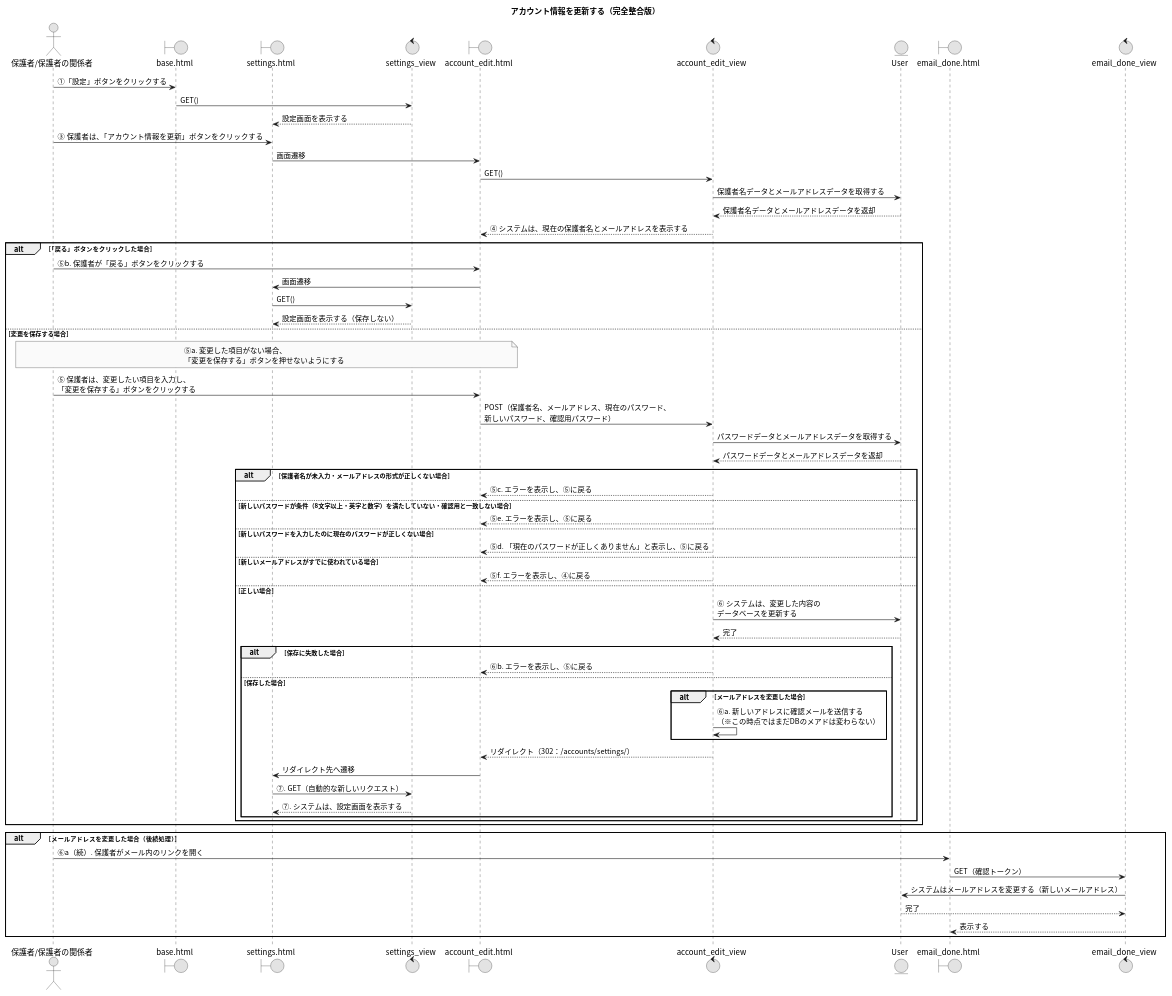
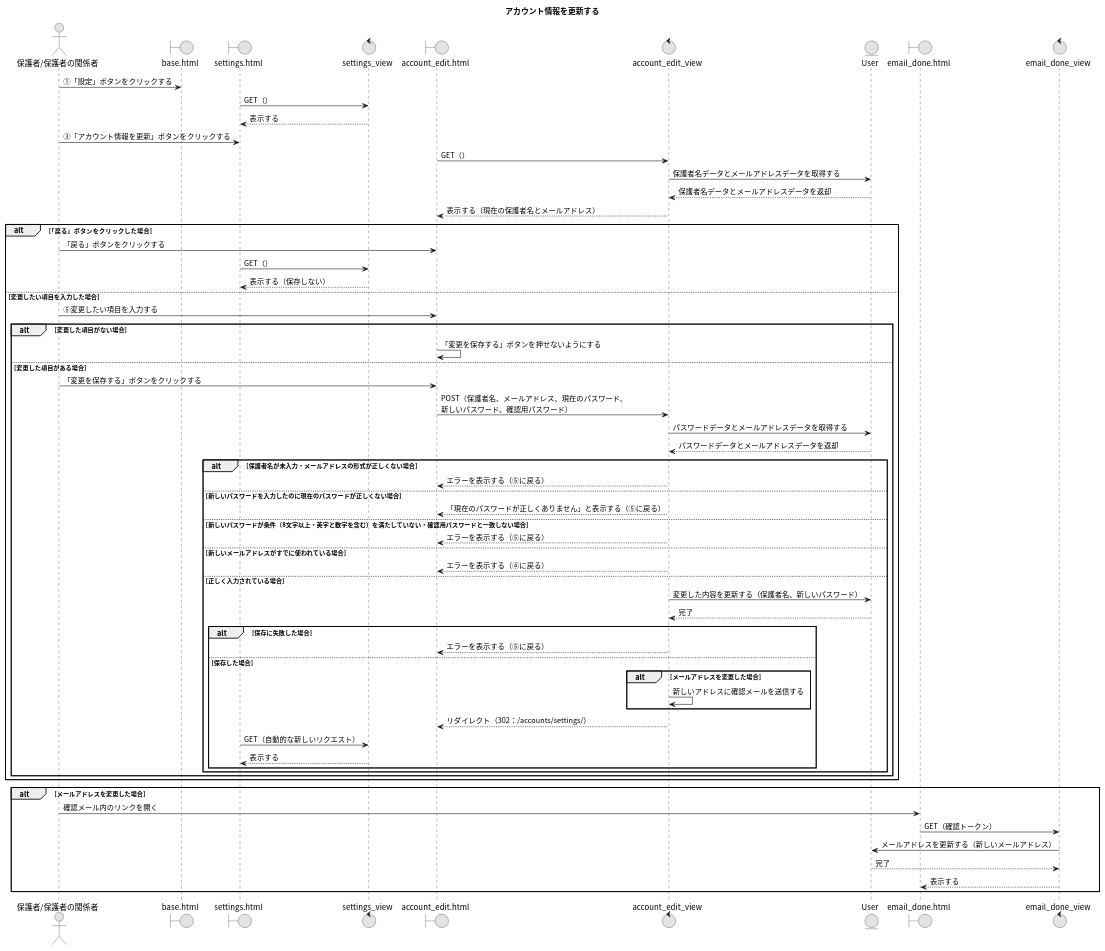
One commit to Ma2naga190330/26_sotugyou_puml changed the diagram in 04_アカウント情報を更新する.puml. Above: the diagram before and after it, drawn with PlantUML. The commit also changed 6 other files, not shown here.

```diff
--- a/04_アカウント情報を更新する.puml
+++ b/04_アカウント情報を更新する.puml
@@ -1,79 +1,73 @@
 @startuml
-title アカウント情報を更新する（完全整合版）
+title アカウント情報を更新する
 skinparam defaultFontName "Noto Sans CJK JP"
 skinparam monochrome true
 
 actor "保護者/保護者の関係者" as A
 boundary "base.html" as BP
 boundary "settings.html" as SP
 control "settings_view" as SV
 boundary "account_edit.html" as AEP
 control "account_edit_view" as AEV
 entity "User" as UM
 boundary "email_done.html" as EDP
 control "email_done_view" as EDV
 
+A -> BP : ①「設定」ボタンをクリックする
+SP -> SV : GET（）
+SV --> SP : 表示する
 
-A -> BP : ①「設定」ボタンをクリックする
-BP -> SV : GET()
-SV --> SP : 設定画面を表示する
-
-A -> SP : ③ 保護者は、「アカウント情報を更新」ボタンをクリックする
-SP -> AEP : 画面遷移
-AEP -> AEV : GET()
+A -> SP : ③「アカウント情報を更新」ボタンをクリックする
+AEP -> AEV : GET（）
 AEV -> UM : 保護者名データとメールアドレスデータを取得する
 AEV <-- UM : 保護者名データとメールアドレスデータを返却
-AEV --> AEP : ④ システムは、現在の保護者名とメールアドレスを表示する
+AEV --> AEP : 表示する（現在の保護者名とメールアドレス）
 
 alt 「戻る」ボタンをクリックした場合
-  A -> AEP : ⑤b. 保護者が「戻る」ボタンをクリックする
-  AEP -> SP : 画面遷移
-  SP -> SV : GET()
-  SV --> SP : 設定画面を表示する（保存しない）
-else 変更を保存する場合
-  note over A, AEP
-    ⑤a. 変更した項目がない場合、
-    「変更を保存する」ボタンを押せないようにする
-  end note
-  A -> AEP : ⑤ 保護者は、変更したい項目を入力し、\n「変更を保存する」ボタンをクリックする
-  AEP -> AEV : POST（保護者名、メールアドレス、現在のパスワード、\n新しいパスワード、確認用パスワード）
-  
-  AEV -> UM : パスワードデータとメールアドレスデータを取得する
-  AEV <-- UM : パスワードデータとメールアドレスデータを返却
-  
-  alt 保護者名が未入力・メールアドレスの形式が正しくない場合
-    AEV --> AEP : ⑤c. エラーを表示し、⑤に戻る
-  else 新しいパスワードが条件（8文字以上・英字と数字）を満たしていない・確認用と一致しない場合
-    AEV --> AEP : ⑤e. エラーを表示し、⑤に戻る
-  else 新しいパスワードを入力したのに現在のパスワードが正しくない場合
-    AEV --> AEP : ⑤d. 「現在のパスワードが正しくありません」と表示し、⑤に戻る
-  else 新しいメールアドレスがすでに使われている場合
-    AEV --> AEP : ⑤f. エラーを表示し、④に戻る
-  else 正しい場合
-    ' ⑥ データベースの更新
-    AEV -> UM : ⑥ システムは、変更した内容の\nデータベースを更新する
-    AEV <-- UM : 完了
-    
-    alt 保存に失敗した場合
-      AEV --> AEP : ⑥b. エラーを表示し、⑤に戻る
-    else 保存した場合
-      alt メールアドレスを変更した場合
-        AEV -> AEV : ⑥a. 新しいアドレスに確認メールを送信する\n（※この時点ではまだDBのメアドは変わらない）
+  A -> AEP : 「戻る」ボタンをクリックする
+  SP -> SV : GET（）
+  SV --> SP : 表示する（保存しない）
+else 変更したい項目を入力した場合
+  A -> AEP : ⑤変更したい項目を入力する
+  alt 変更した項目がない場合
+    AEP -> AEP : 「変更を保存する」ボタンを押せないようにする
+  else 変更した項目がある場合
+    A -> AEP : 「変更を保存する」ボタンをクリックする
+    AEP -> AEV : POST（保護者名、メールアドレス、現在のパスワード、\n新しいパスワード、確認用パスワード）
+    AEV -> UM : パスワードデータとメールアドレスデータを取得する
+    AEV <-- UM : パスワードデータとメールアドレスデータを返却
+
+    alt 保護者名が未入力・メールアドレスの形式が正しくない場合
+      AEV --> AEP : エラーを表示する（⑤に戻る）
+    else 新しいパスワードを入力したのに現在のパスワードが正しくない場合
+      AEV --> AEP : 「現在のパスワードが正しくありません」と表示する（⑤に戻る）
+    else 新しいパスワードが条件（8文字以上・英字と数字を含む）を満たしていない・確認用パスワードと一致しない場合
+      AEV --> AEP : エラーを表示する（⑤に戻る）
+    else 新しいメールアドレスがすでに使われている場合
+      AEV --> AEP : エラーを表示する（④に戻る）
+    else 正しく入力されている場合
+      AEV -> UM : 変更した内容を更新する（保護者名、新しいパスワード）
+      AEV <-- UM : 完了
+      alt 保存に失敗した場合
+        AEV --> AEP : エラーを表示する（⑤に戻る）
+      else 保存した場合
+        alt メールアドレスを変更した場合
+          AEV -> AEV : 新しいアドレスに確認メールを送信する
+        end
+        AEV --> AEP : リダイレクト（302：/accounts/settings/）
+        SP -> SV : GET（自動的な新しいリクエスト）
+        SV --> SP : 表示する
       end
-      AEV --> AEP : リダイレクト（302：/accounts/settings/）
-      AEP -> SP : リダイレクト先へ遷移
-      SP -> SV : ⑦. GET（自動的な新しいリクエスト）
-      SV --> SP : ⑦. システムは、設定画面を表示する
     end
   end
 end
 
-' 【事後条件の正確な反映】メールアドレスを変更した場合：後日メール内のリンクを開く
-alt メールアドレスを変更した場合（後続処理）
-  A -> EDP : ⑥a（続）. 保護者がメール内のリンクを開く
+' ⑥a（続き）メールアドレスを変更した場合：保護者が確認メールのリンクを開く
+alt メールアドレスを変更した場合
+  A -> EDP : 確認メール内のリンクを開く
   EDP -> EDV : GET（確認トークン）
-  EDV -> UM : システムはメールアドレスを変更する（新しいメールアドレス）
+  EDV -> UM : メールアドレスを更新する（新しいメールアドレス）
   EDV <-- UM : 完了
   EDV --> EDP : 表示する
 end
 @enduml
```
